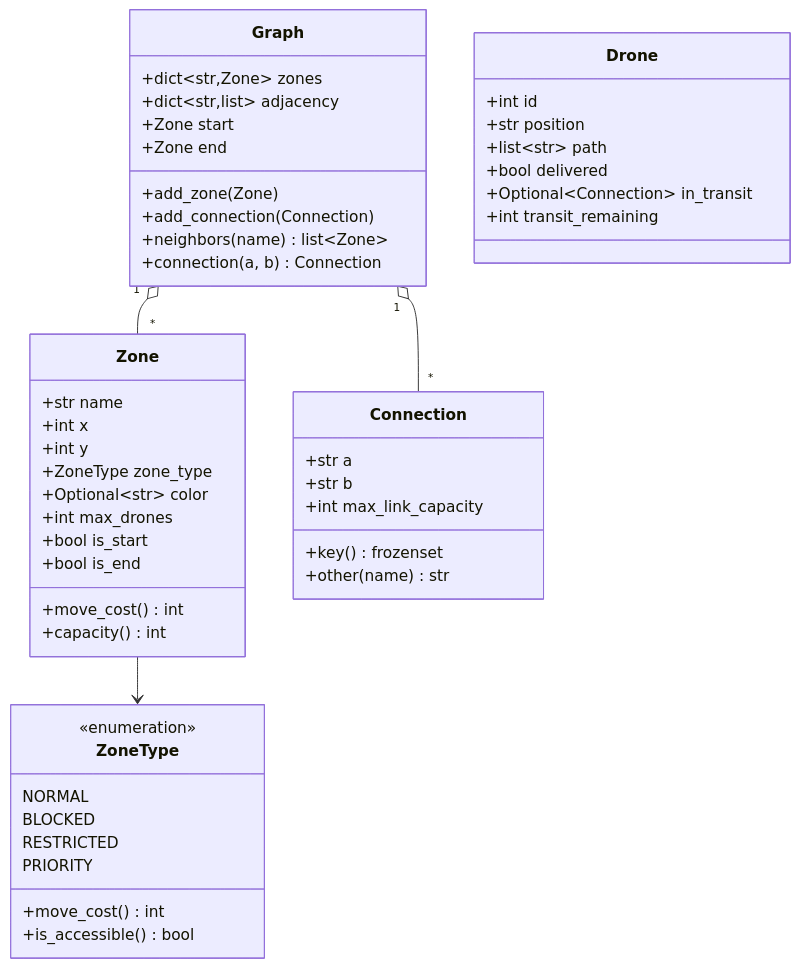
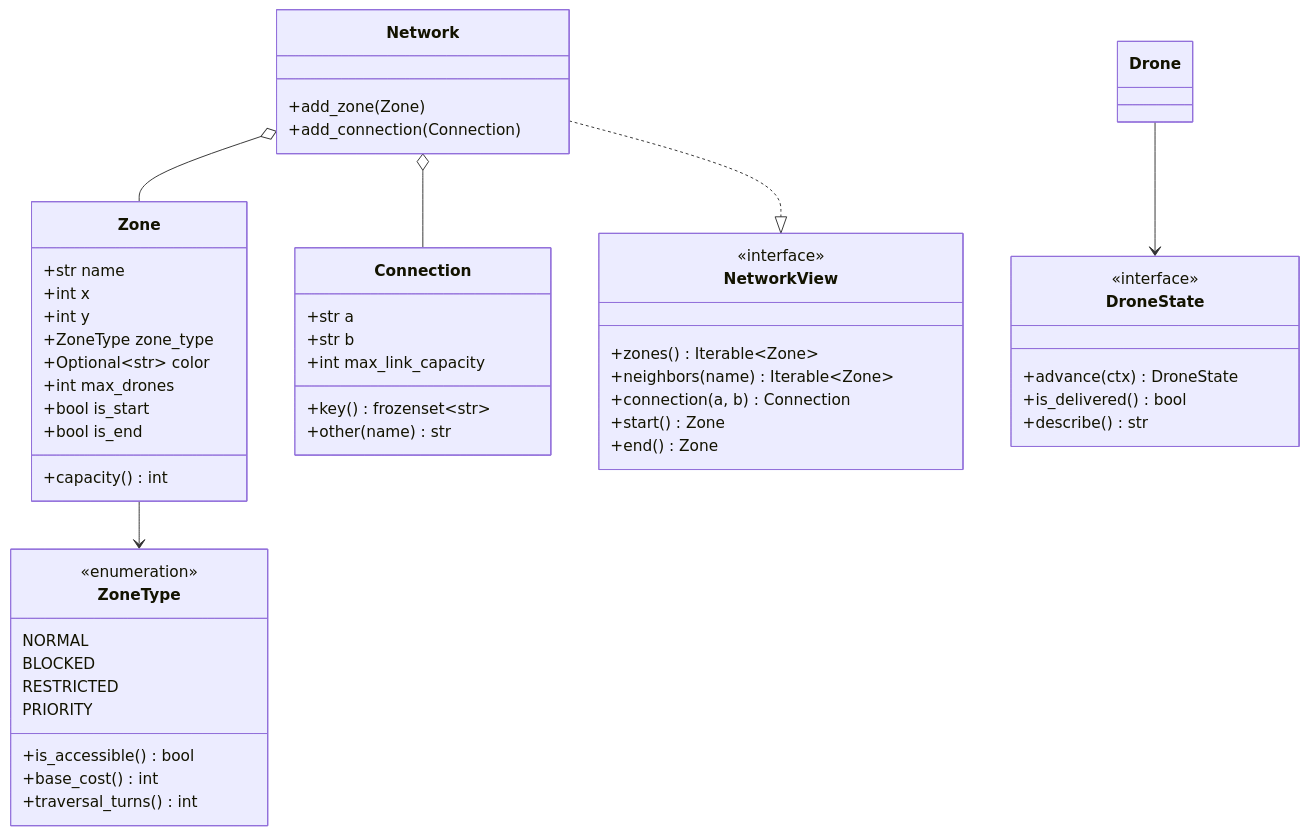
Before and after one commit to hidcc/42subject: the second of 6 diagrams in Flyin/DESIGN.md, drawn with Mermaid. The commit also changed other lines of this file, not shown here.

````diff
--- a/Flyin/DESIGN.md
+++ b/Flyin/DESIGN.md
@@ -118,57 +123,60 @@
 ```mermaid
 classDiagram
     class ZoneType {
         <<enumeration>>
         NORMAL
         BLOCKED
         RESTRICTED
         PRIORITY
-        +move_cost() int
         +is_accessible() bool
+        +base_cost() int
+        +traversal_turns() int
     }
 
     class Zone {
         +str name
         +int x
         +int y
         +ZoneType zone_type
         +Optional~str~ color
         +int max_drones
         +bool is_start
         +bool is_end
-        +move_cost() int
         +capacity() int
     }
 
     class Connection {
         +str a
         +str b
         +int max_link_capacity
-        +key() frozenset
+        +key() frozenset~str~
         +other(name) str
     }
 
-    class Graph {
-        +dict~str,Zone~ zones
-        +dict~str,list~ adjacency
-        +Zone start
-        +Zone end
+    class NetworkView {
+        <<interface>>
+        +zones() Iterable~Zone~
+        +neighbors(name) Iterable~Zone~
+        +connection(a, b) Connection
+        +start() Zone
+        +end() Zone
+    }
+
+    class Network {
         +add_zone(Zone)
         +add_connection(Connection)
-        +neighbors(name) list~Zone~
-        +connection(a, b) Connection
     }
 
-    class Drone {
-        +int id
-        +str position
-        +list~str~ path
-        +bool delivered
-        +Optional~Connection~ in_transit
-        +int transit_remaining
+    class DroneState {
+        <<interface>>
+        +advance(ctx) DroneState
+        +is_delivered() bool
+        +describe() str
     }
 
-    Graph "1" o-- "*" Zone
-    Graph "1" o-- "*" Connection
+    Network ..|> NetworkView
+    Network o-- Zone
+    Network o-- Connection
     Zone --> ZoneType
+    Drone --> DroneState
 ```
````
